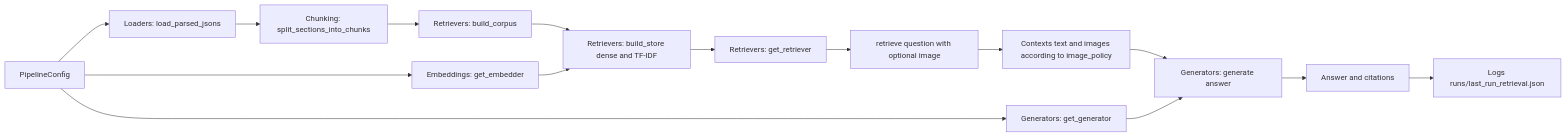
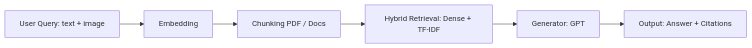
The diagram in README.md (thailevann/scholar-pdf-annotations), drawn with Mermaid before and after one commit.

````diff
--- a/README.md
+++ b/README.md
@@ -6,18 +6,8 @@
 ```mermaid
 flowchart LR
-    A[PipelineConfig] --> B[Loaders: load_parsed_jsons]
-    B --> C[Chunking: split_sections_into_chunks]
-    C --> D[Retrievers: build_corpus]
-    D --> E[Retrievers: build_store dense and TF-IDF]
-    A --> F[Embeddings: get_embedder]
-    F --> E
-    E --> G[Retrievers: get_retriever]
-    G --> H[retrieve question with optional image]
-    H --> I[Contexts text and images according to image_policy]
-    A --> J[Generators: get_generator]
-    I --> K[Generators: generate answer]
-    J --> K
-    K --> L[Answer and citations]
-    L --> M[Logs runs/last_run_retrieval.json]
-
+    U[User Query: text + image] --> E[Embedding]
+    E --> C[Chunking PDF / Docs]
+    C --> R[Hybrid Retrieval: Dense + TF-IDF]
+    R --> G[Generator: GPT]
+    G --> O[Output: Answer + Citations]
 ```
````
